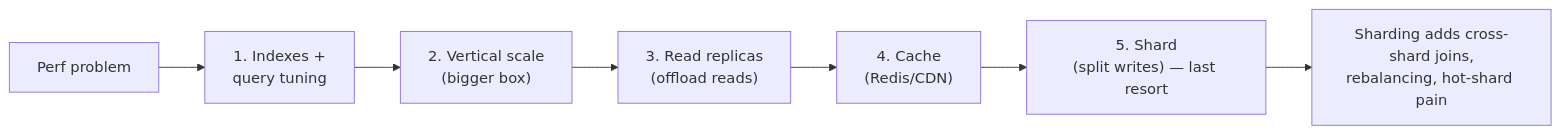
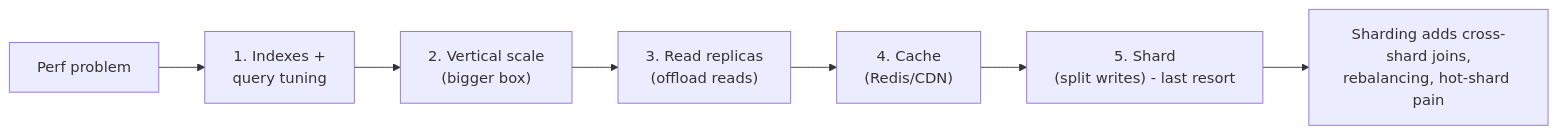
One commit to kartikth40/tech-interview-master changed the sixth of 7 diagrams in SystemDesign/mental-models.md. Above: the diagram before and after it, drawn with Mermaid. The commit also changed other lines of this file and 64 other files, not shown here.

````diff
--- a/SystemDesign/mental-models.md
+++ b/SystemDesign/mental-models.md
@@ -123,9 +123,9 @@
 ```mermaid
 flowchart LR
     P["Perf problem"] --> IDX["1. Indexes +<br/>query tuning"]
     IDX --> V["2. Vertical scale<br/>(bigger box)"]
     V --> RR["3. Read replicas<br/>(offload reads)"]
     RR --> CA["4. Cache<br/>(Redis/CDN)"]
-    CA --> SH["5. Shard<br/>(split writes) — last resort"]
+    CA --> SH["5. Shard<br/>(split writes) - last resort"]
     SH --> NOTE["Sharding adds cross-shard joins,<br/>rebalancing, hot-shard pain"]
 ```
````
